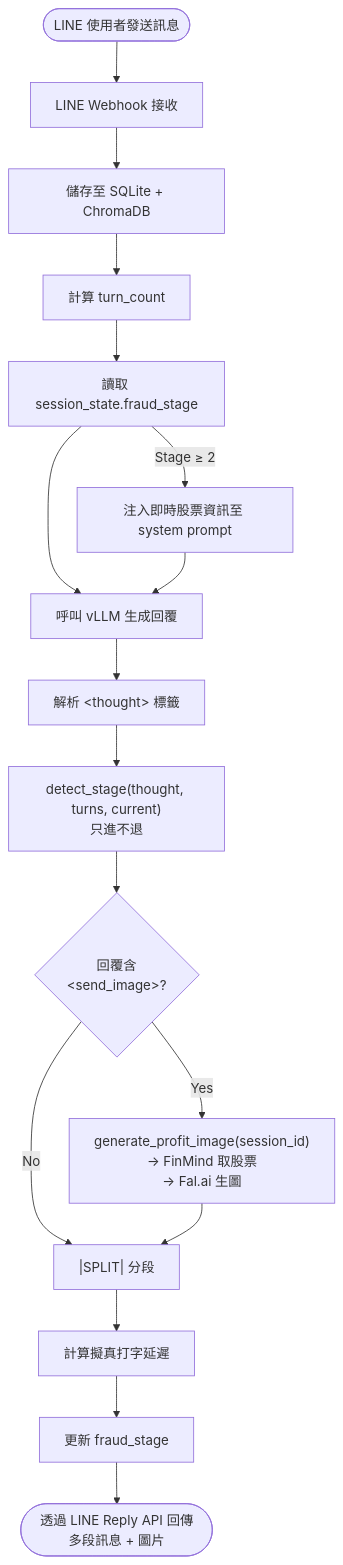
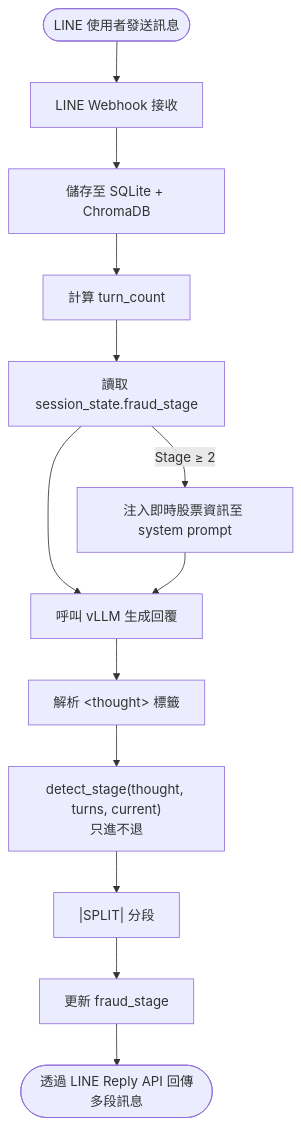
One commit to diadia0000/cheatbot changed the second of 2 diagrams in docs/architecture.md. Above: the diagram before and after it, drawn with Mermaid. The commit also changed other lines of this file and 10 other files, not shown here.

````diff
--- a/docs/architecture.md
+++ b/docs/architecture.md
@@ -37,19 +34,15 @@
 ```mermaid
 flowchart TD
     Start([LINE 使用者發送訊息]) --> Webhook[LINE Webhook 接收]
     Webhook --> Save[儲存至 SQLite + ChromaDB]
     Save --> Count[計算 turn_count]
     Count --> GetStage[讀取 session_state.fraud_stage]
     GetStage --> LLM[呼叫 vLLM 生成回覆]
     GetStage -->|"Stage ≥ 2"| Inject[注入即時股票資訊至 system prompt]
     Inject --> LLM
     LLM --> ParseThought["解析 &lt;thought&gt; 標籤"]
     ParseThought --> DetectStage["detect_stage(thought, turns, current)\n只進不退"]
-    DetectStage --> CheckImage{"回覆含\n&lt;send_image&gt;?"}
-    CheckImage -->|Yes| GenImage["generate_profit_image(session_id)\n→ FinMind 取股票\n→ Fal.ai 生圖"]
-    CheckImage -->|No| Split
-    GenImage --> Split["|SPLIT| 分段"]
-    Split --> Delay[計算擬真打字延遲]
-    Delay --> UpdateState[更新 fraud_stage]
-    UpdateState --> Reply([透過 LINE Reply API 回傳多段訊息 + 圖片])
+    DetectStage --> Split["|SPLIT| 分段"]
+    Split --> UpdateState[更新 fraud_stage]
+    UpdateState --> Reply([透過 LINE Reply API 回傳多段訊息])
 ```
````
